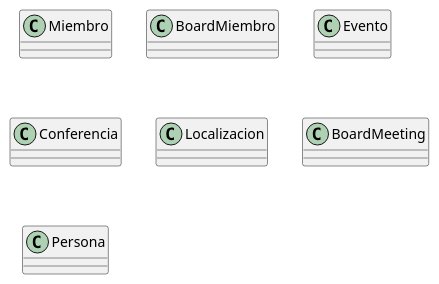
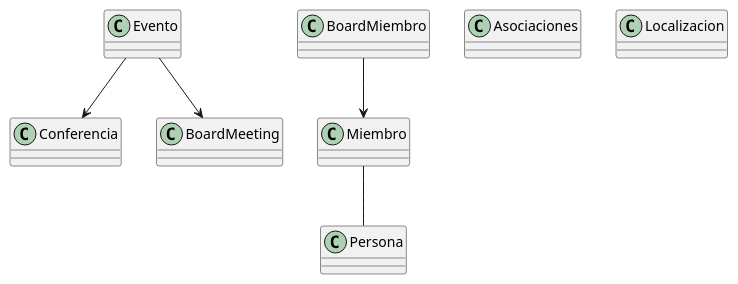
One commit to DanielMiralles12/UMLClases-DanielMiralles changed the diagram in src/Practica.puml. Above: the diagram before and after it, drawn with PlantUML. The commit also changed 6 other files, not shown here.

```diff
--- a/src/Practica.puml
+++ b/src/Practica.puml
@@ -1,9 +1,16 @@
 @startuml
+
+Evento --> Conferencia
+Evento --> BoardMeeting
+BoardMiembro --> Miembro
+Miembro -- Persona
+
+class Asociaciones{}
 class Miembro{}
 class BoardMiembro{}
 class Evento{}
 class Conferencia{}
 class Localizacion{}
 class BoardMeeting{}
 class Persona{}
 @enduml
```
